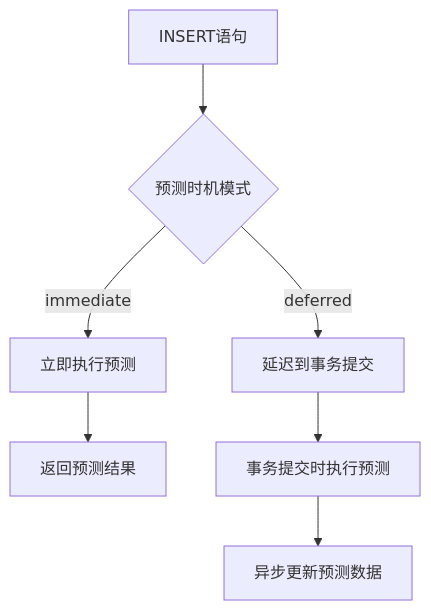
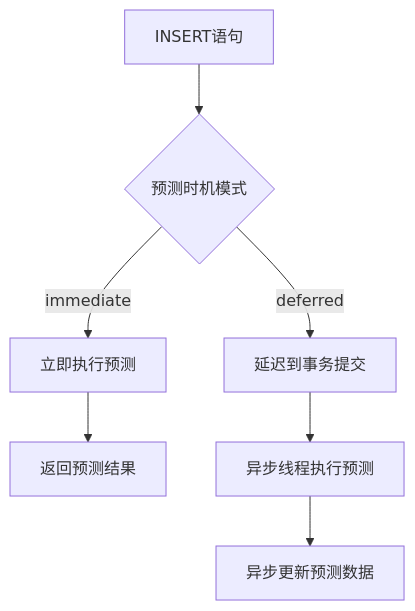
One commit to ZhongChaoqiang/postgres changed the fifth of 7 diagrams in doc/predict/PREDICT_DETAILED_DESIGN.md. Above: the diagram before and after it, drawn with Mermaid. The commit also changed other lines of this file and 1 other file, not shown here.

````diff
--- a/doc/predict/PREDICT_DETAILED_DESIGN.md
+++ b/doc/predict/PREDICT_DETAILED_DESIGN.md
@@ -733,9 +773,9 @@
 ```mermaid
 graph TB
     A[INSERT语句] --> B{预测时机模式}
     B -->|immediate| C[立即执行预测]
     B -->|deferred| D[延迟到事务提交]
     C --> E[返回预测结果]
-    D --> F[事务提交时执行预测]
+    D --> F[异步线程执行预测]
     F --> G[异步更新预测数据]
 ```
````
